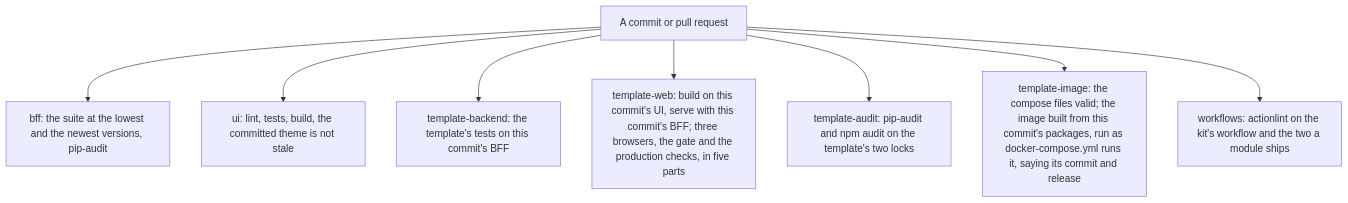
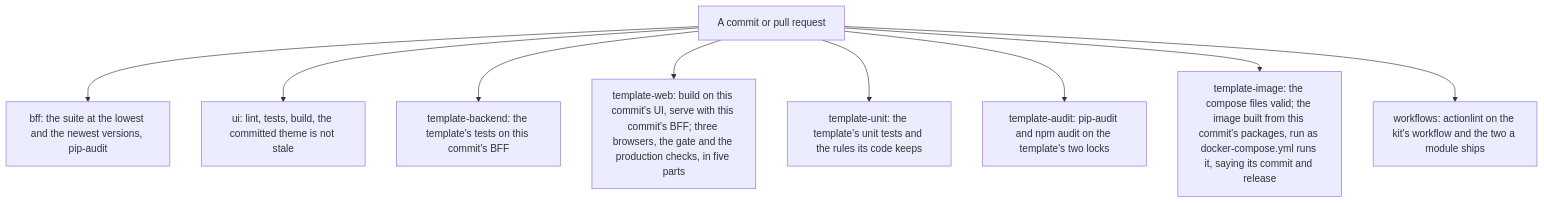
One commit to eneo-ai/eneo-module-kit changed diagram 14 of 14 in docs/architecture.md. Above: the diagram before and after it, drawn with Mermaid. The commit also changed 15 other files, not shown here.

First line of the commit message:
test(template): npm test runs the module's unit tests, with guards and no network

````diff
--- a/docs/architecture.md
+++ b/docs/architecture.md
@@ -361,10 +361,11 @@
 ```mermaid
 flowchart TB
   commit["A commit or pull request"] --> bff["bff: the suite at the lowest and the newest versions, pip-audit"]
   commit --> ui["ui: lint, tests, build, the committed theme is not stale"]
   commit --> tb["template-backend: the template's tests on this commit's BFF"]
   commit --> tw["template-web: build on this commit's UI, serve with this commit's BFF; three browsers, the gate and the production checks, in five parts"]
+  commit --> tu["template-unit: the template's unit tests and the rules its code keeps"]
   commit --> ta["template-audit: pip-audit and npm audit on the template's two locks"]
   commit --> ti["template-image: the compose files valid; the image built from this commit's packages, run as docker-compose.yml runs it, saying its commit and release"]
   commit --> wf["workflows: actionlint on the kit's workflow and the two a module ships"]
 ```
````
